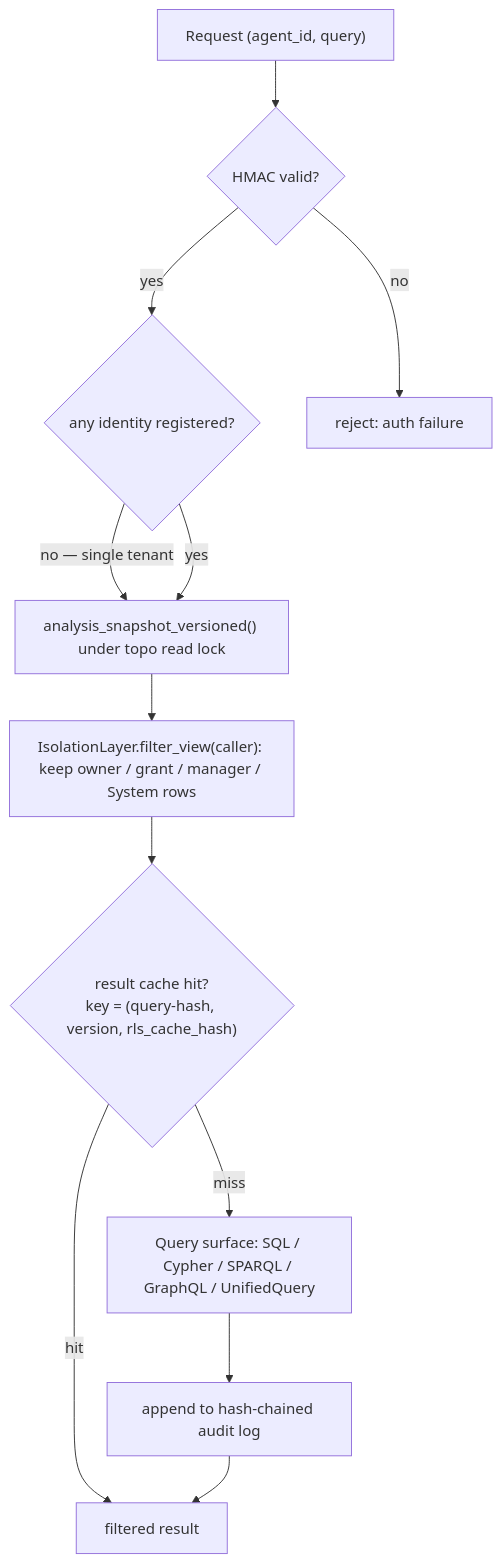
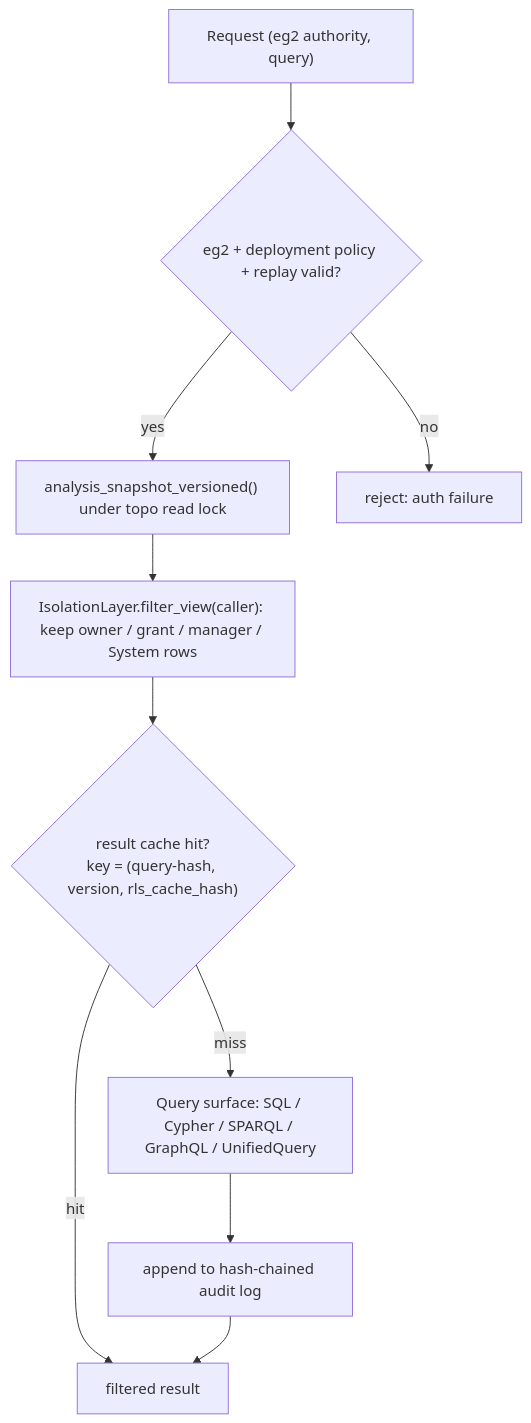
The fifth of 9 diagrams in docs/architecture/engine.md (Knuckles-Team/epistemic-graph), drawn with Mermaid before and after one commit. The commit also changed other lines of this file and 857 other files, not shown here.

First line of the commit message:
feat(eg): assimilate advanced epistemic-graph 2.23.1

````diff
--- a/docs/architecture/engine.md
+++ b/docs/architecture/engine.md
@@ -230,21 +235,18 @@
 ```mermaid
 flowchart TB
-    REQ["Request (agent_id, query)"]
-    AUTH{"HMAC valid?"}
-    IDENT{"any identity registered?"}
+    REQ["Request (eg2 authority, query)"]
+    AUTH{"eg2 + deployment policy + replay valid?"}
     SNAP["analysis_snapshot_versioned() under topo read lock"]
     RLS["IsolationLayer.filter_view(caller): keep owner / grant / manager / System rows"]
     CACHE{"result cache hit?<br/>key = (query-hash, version, rls_cache_hash)"}
     SURF["Query surface: SQL / Cypher / SPARQL / GraphQL / UnifiedQuery"]
     AUDIT["append to hash-chained audit log"]
     RESP["filtered result"]
 
     REQ --> AUTH
     AUTH -->|no| DENY["reject: auth failure"]
-    AUTH -->|yes| IDENT
-    IDENT -->|"no — single tenant"| SNAP
-    IDENT -->|yes| SNAP
+    AUTH -->|yes| SNAP
     SNAP --> RLS --> CACHE
     CACHE -->|hit| RESP
     CACHE -->|miss| SURF --> AUDIT --> RESP
 ```
````
